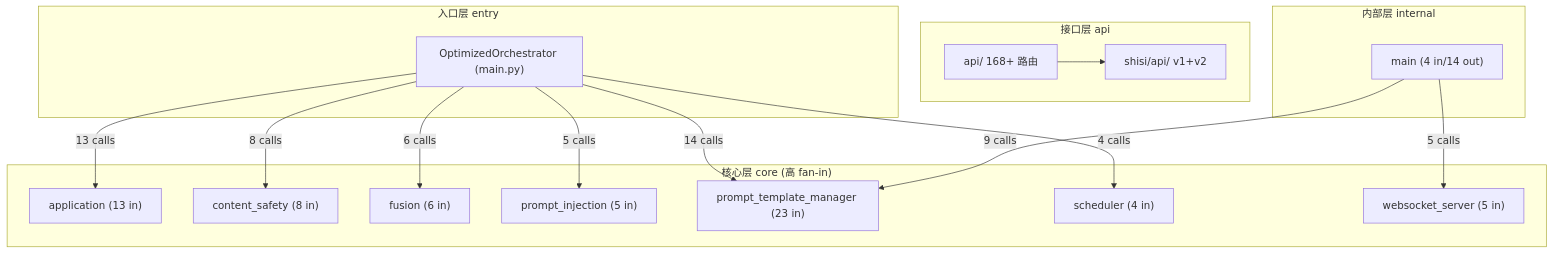
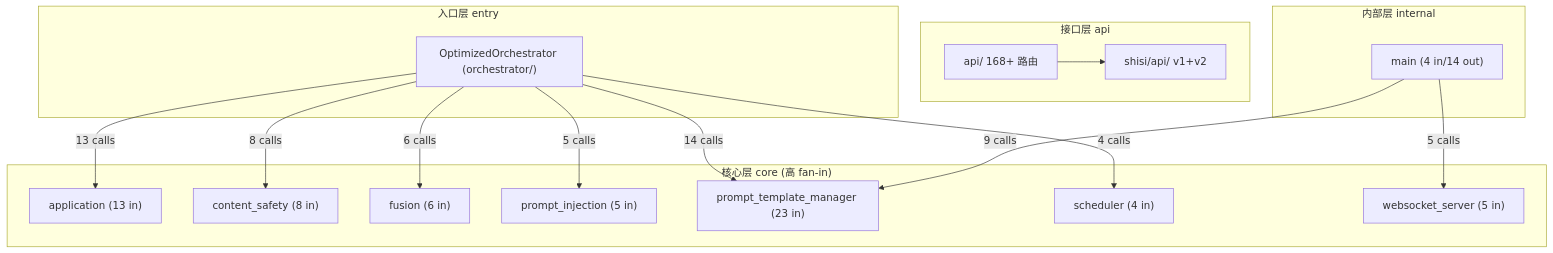
The first of 2 diagrams in CODE_GRAPH.md (FOURTEEN1416/fourteen), drawn with Mermaid before and after one commit. The commit also changed other lines of this file and 5 other files, not shown here.

````diff
--- a/CODE_GRAPH.md
+++ b/CODE_GRAPH.md
@@ -40,31 +40,31 @@
 ```mermaid
 graph TD
     subgraph ENTRY["入口层 entry"]
-        OA["OptimizedOrchestrator (main.py)"]
+        OA["OptimizedOrchestrator (orchestrator/)"]
     end
     subgraph API["接口层 api"]
         AR["api/ 168+ 路由"]
         SA["shisi/api/ v1+v2"]
     end
     subgraph CORE["核心层 core (高 fan-in)"]
         APP["application (13 in)"]
         CS["content_safety (8 in)"]
         FUS["fusion (6 in)"]
         PI["prompt_injection (5 in)"]
         PTM["prompt_template_manager (23 in)"]
         SCHED["scheduler (4 in)"]
         WS["websocket_server (5 in)"]
     end
     subgraph INTERNAL["内部层 internal"]
         MAIN["main (4 in/14 out)"]
     end
     OA -->|"14 calls"| PTM
     OA -->|"13 calls"| APP
     OA -->|"8 calls"| CS
     OA -->|"6 calls"| FUS
     OA -->|"5 calls"| PI
     OA -->|"4 calls"| SCHED
     MAIN -->|"9 calls"| PTM
     MAIN -->|"5 calls"| WS
     AR --> SA
 ```
````
